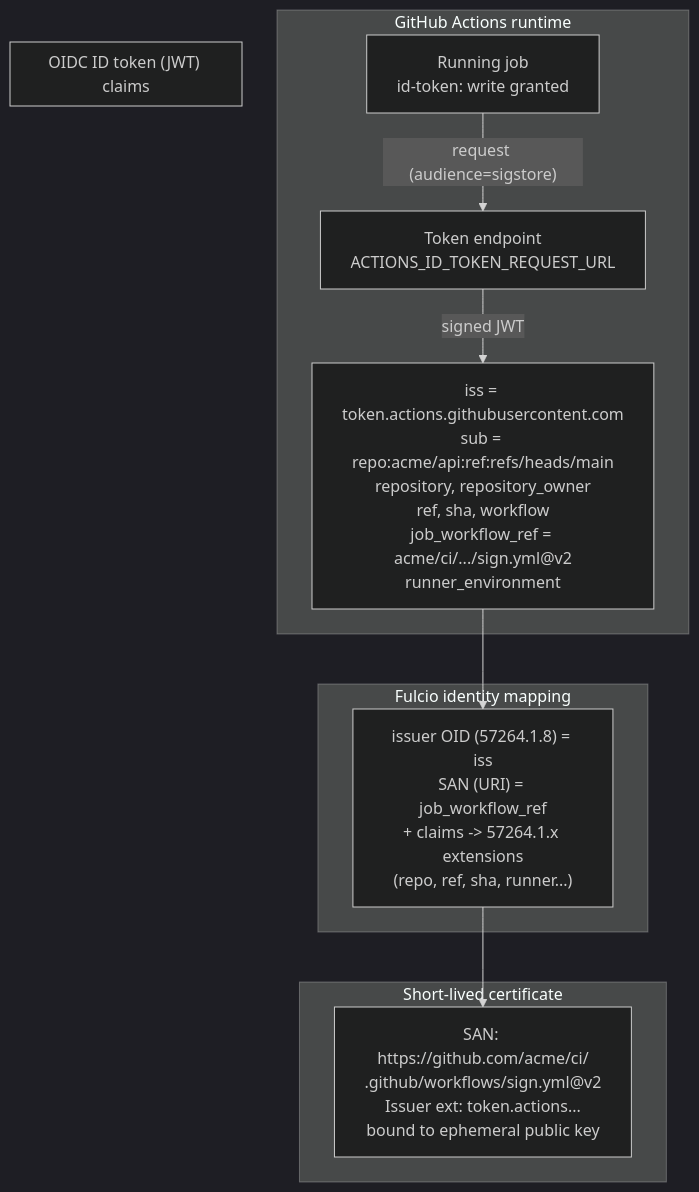
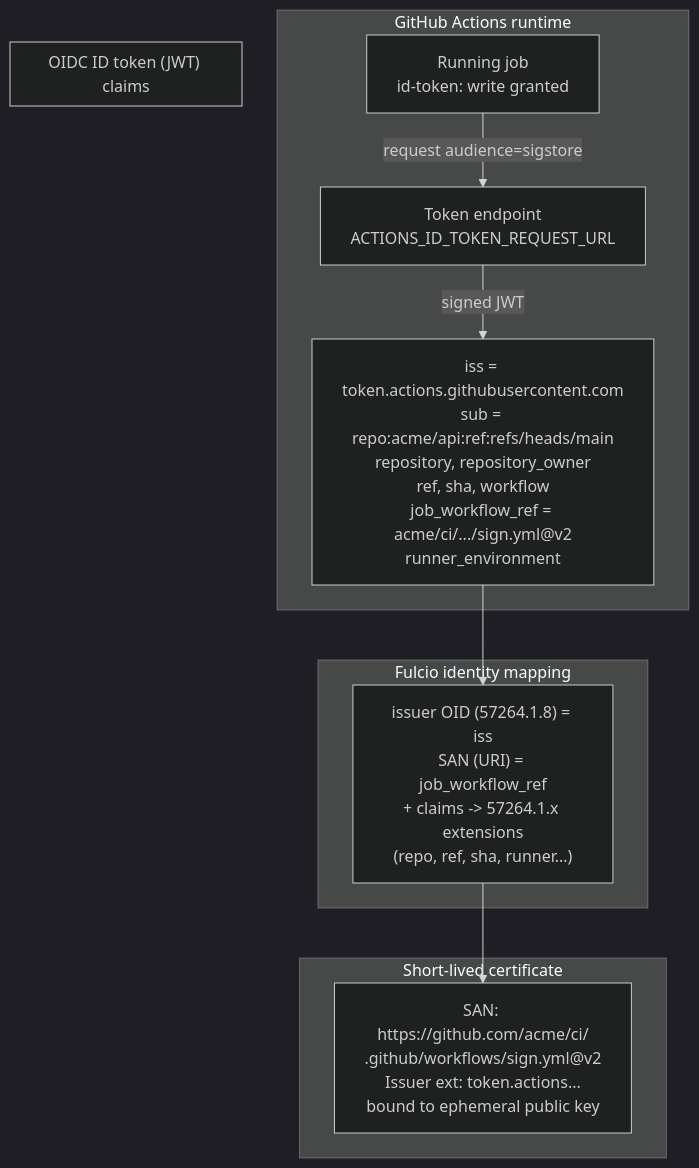
One commit to bumbsclaw/textbooks changed the third of 7 diagrams in book-05-signing-attestation/ch04-keyless-signing.md. Above: the diagram before and after it, drawn with Mermaid (dark theme). The commit also changed other lines of this file and 173 other files, not shown here.

First line of the commit message:
fix(mermaid): close note brackets, semicolons in Notes, stateDiagram br -> dash, edge parens

````diff
--- a/book-05-signing-attestation/ch04-keyless-signing.md
+++ b/book-05-signing-attestation/ch04-keyless-signing.md
@@ -358,19 +358,19 @@
 ```mermaid
 flowchart TB
   subgraph gh["GitHub Actions runtime"]
     JOB["Running job<br/>id-token: write granted"]
     EP["Token endpoint<br/>ACTIONS_ID_TOKEN_REQUEST_URL"]
-    JOB -->|"request (audience=sigstore)"| EP
+    JOB -->|"request audience=sigstore "| EP
     EP -->|"signed JWT"| TOK
   end
   subgraph tok["OIDC ID token (JWT) claims"]
     TOK["iss = token.actions.githubusercontent.com<br/>sub = repo:acme/api:ref:refs/heads/main<br/>repository, repository_owner<br/>ref, sha, workflow<br/>job_workflow_ref = acme/ci/.../sign.yml@v2<br/>runner_environment"]
   end
   subgraph fulcio["Fulcio identity mapping"]
     MAP["issuer OID (57264.1.8) = iss<br/>SAN (URI) = job_workflow_ref<br/>+ claims -> 57264.1.x extensions<br/>(repo, ref, sha, runner...)"]
   end
   subgraph cert["Short-lived certificate"]
     CID["SAN: https://github.com/acme/ci/<br/>.github/workflows/sign.yml@v2<br/>Issuer ext: token.actions...<br/>bound to ephemeral public key"]
   end
   TOK --> MAP --> CID
 ```
````
